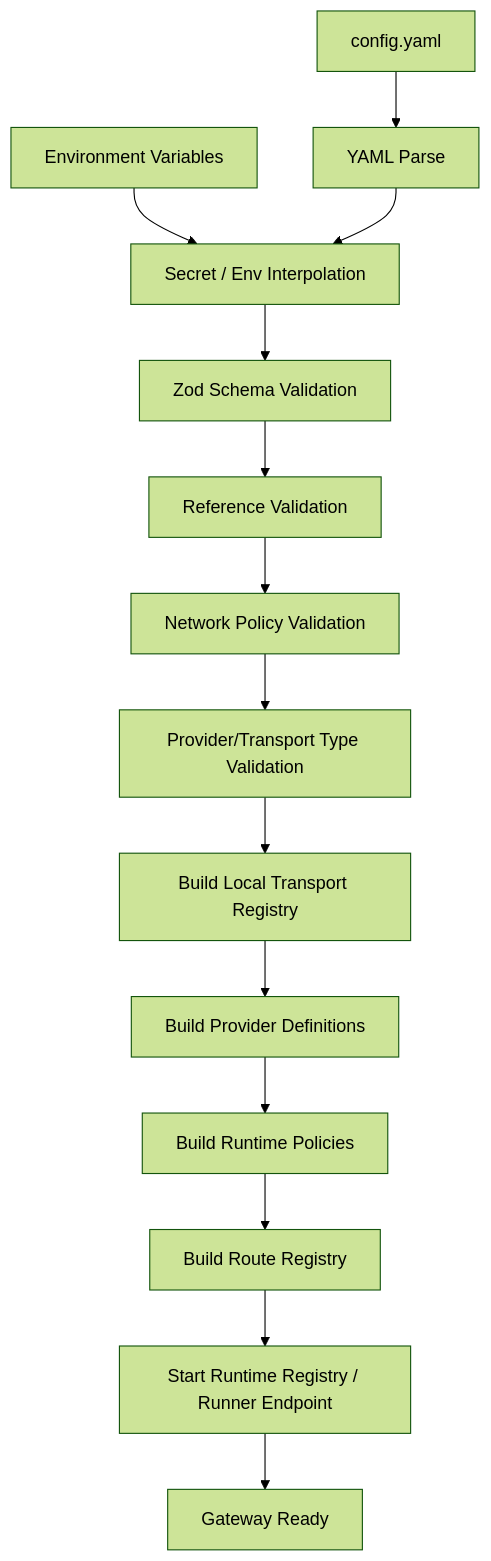
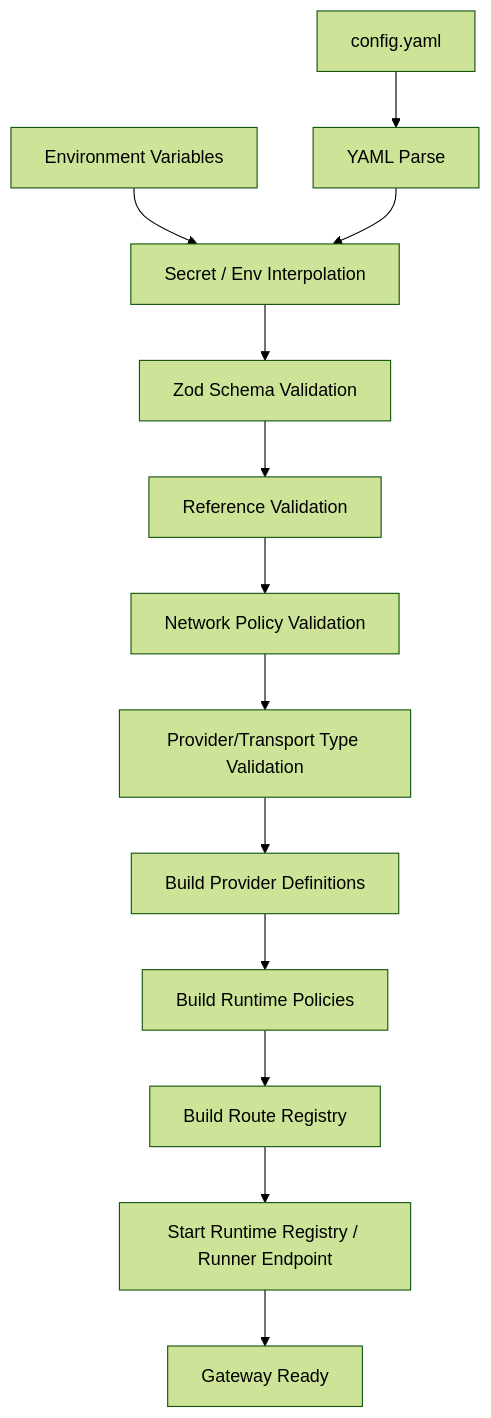
One commit to xuzhen97/Aylens changed diagram 13 of 24 in ARCHITECTURE.md. Above: the diagram before and after it, drawn with Mermaid (forest theme). The commit also changed other lines of this file and 38 other files, not shown here.

Commit message:
refactor: separate gateway provider definitions from runner deployments

````diff
--- a/ARCHITECTURE.md
+++ b/ARCHITECTURE.md
@@ -2257,20 +2266,19 @@
 ```mermaid
 flowchart TD
     FILE["config.yaml"] --> PARSE["YAML Parse"]
     ENV["Environment Variables"] --> INTERP["Secret / Env Interpolation"]
     PARSE --> INTERP
 
     INTERP --> SCHEMA["Zod Schema Validation"]
     SCHEMA --> REF["Reference Validation"]
 
     REF --> POLICY["Network Policy Validation"]
     POLICY --> TYPES["Provider/Transport Type Validation"]
 
-    TYPES --> BUILD_T["Build Local Transport Registry"]
-    BUILD_T --> BUILD_P["Build Provider Definitions"]
+    TYPES --> BUILD_P["Build Provider Definitions"]
     BUILD_P --> BUILD_RT["Build Runtime Policies"]
     BUILD_RT --> BUILD_R["Build Route Registry"]
     BUILD_R --> START_REG["Start Runtime Registry / Runner Endpoint"]
 
     START_REG --> READY["Gateway Ready"]
 ```
````
